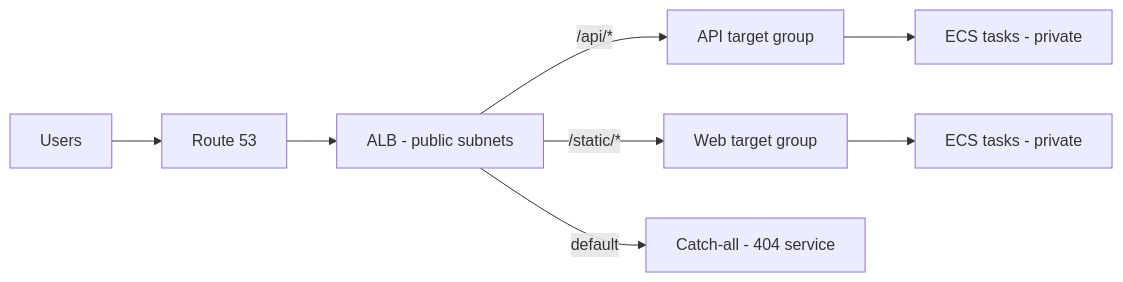
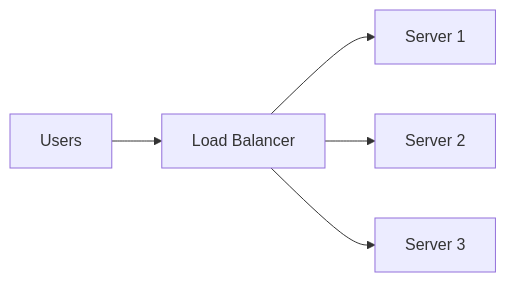
Before and after one commit to AnkitTiwari643/infrastructure-thinking: the first of 3 diagrams in docs/01-load-balancers.md, drawn with Mermaid. The commit also changed other lines of this file and 5 other files, not shown here.

Commit message:
feat: basics-to-architect rewrite (01-04) + database backup strategy guide

````diff
--- a/docs/01-load-balancers.md
+++ b/docs/01-load-balancers.md
@@ -17,10 +7,7 @@
 ```mermaid
 flowchart LR
-    U[Users] --> DNS[Route 53]
-    DNS --> ALB[ALB - public subnets]
-    ALB -->|/api/*| T1[API target group]
-    ALB -->|/static/*| T2[Web target group]
-    ALB -->|default| T3[Catch-all - 404 service]
-    T1 --> E1[ECS tasks - private]
-    T2 --> E2[ECS tasks - private]
+    U[Users] --> LB[Load Balancer]
+    LB --> S1[Server 1]
+    LB --> S2[Server 2]
+    LB --> S3[Server 3]
 ```
````
